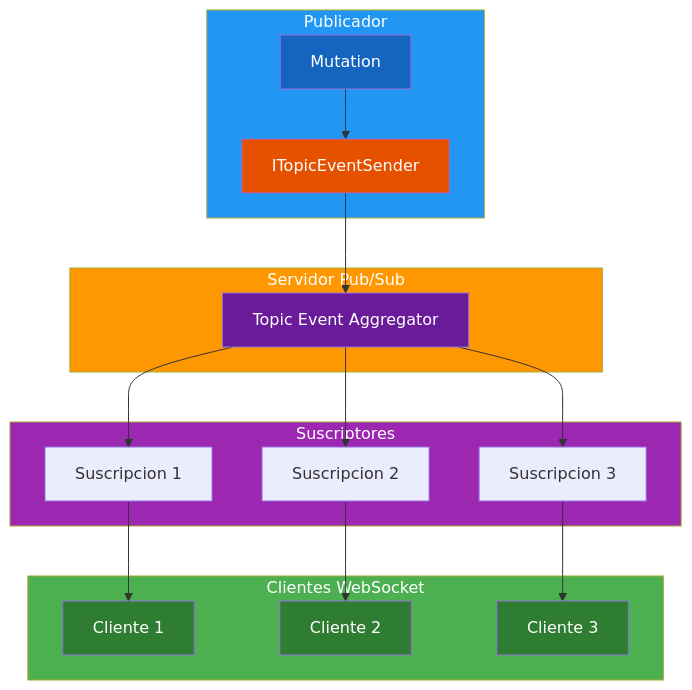
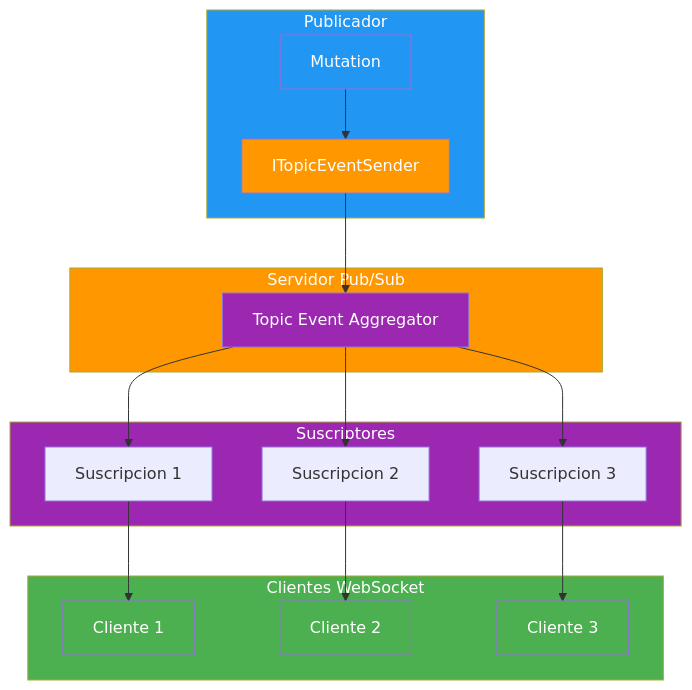
One commit to joseluisgs/DesarrolloWebEntornosServidor-02-2026-2027 changed the sixth of 10 diagrams in 19-graphql.md. Above: the diagram before and after it, drawn with Mermaid. The commit also changed other lines of this file and 3 other files, not shown here.

Commit message:
[fix] Actualizar estilos y contenido en los documentos de autenticación, autorización, WebSockets y GraphQL

````diff
--- a/19-graphql.md
+++ b/19-graphql.md
@@ -730,33 +735,33 @@
 ```mermaid
 graph TB
     subgraph PUBLICADOR["Publicador"]
         A[Mutation] --> B[ITopicEventSender]
     end
 
     subgraph SERVIDOR["Servidor Pub/Sub"]
         B --> C[Topic Event Aggregator]
     end
 
     subgraph SUSCRIPCIONES["Suscriptores"]
         C --> D[Suscripcion 1]
         C --> E[Suscripcion 2]
         C --> F[Suscripcion 3]
     end
 
     subgraph CLIENTES["Clientes WebSocket"]
         D --> G[Cliente 1]
         E --> H[Cliente 2]
         F --> I[Cliente 3]
     end
 
     style PUBLICADOR fill:#2196F3,color:#fff
     style SERVIDOR fill:#FF9800,color:#fff
     style SUSCRIPCIONES fill:#9C27B0,color:#fff
     style CLIENTES fill:#4CAF50,color:#fff
-    style A fill:#1565C0,color:#fff
-    style B fill:#E65100,color:#fff
-    style C fill:#6A1B9A,color:#fff
-    style G fill:#2E7D32,color:#fff
-    style H fill:#2E7D32,color:#fff
-    style I fill:#2E7D32,color:#fff
+    style A fill:#2196F3,color:#fff
+    style B fill:#FF9800,color:#fff
+    style C fill:#9C27B0,color:#fff
+    style G fill:#4CAF50,color:#fff
+    style H fill:#4CAF50,color:#fff
+    style I fill:#4CAF50,color:#fff
 ```
````
